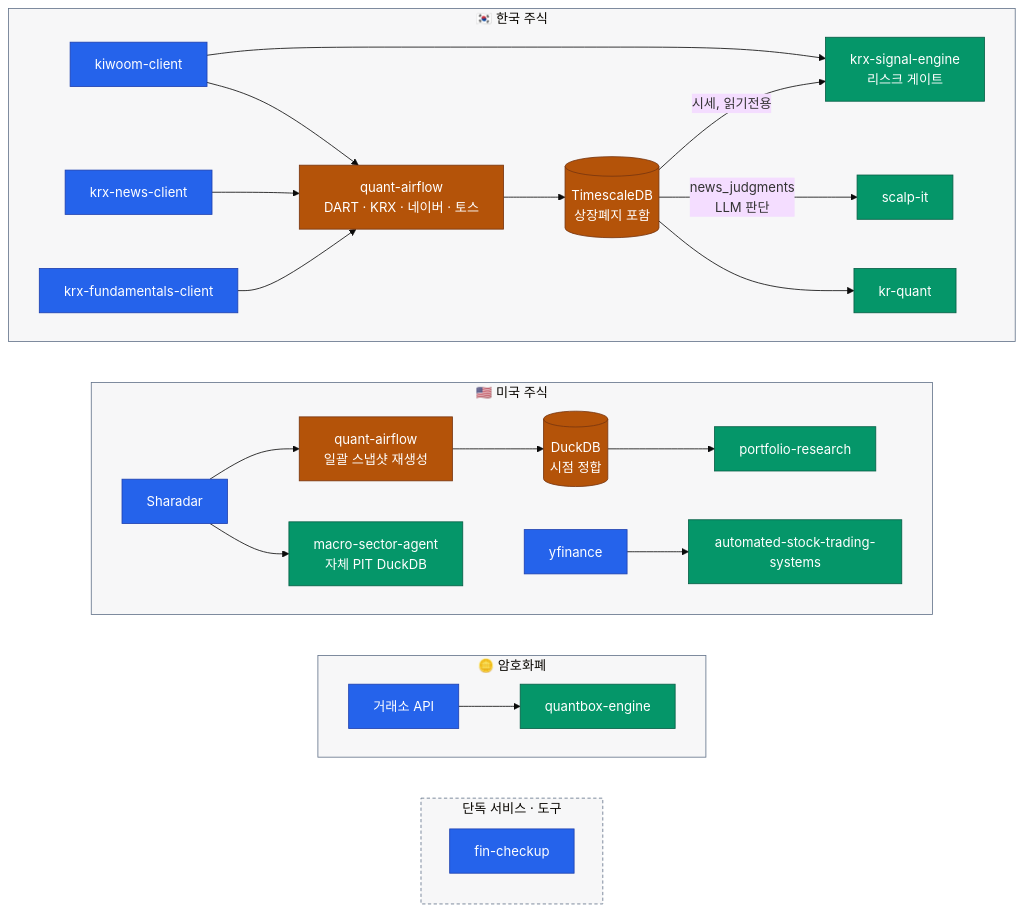
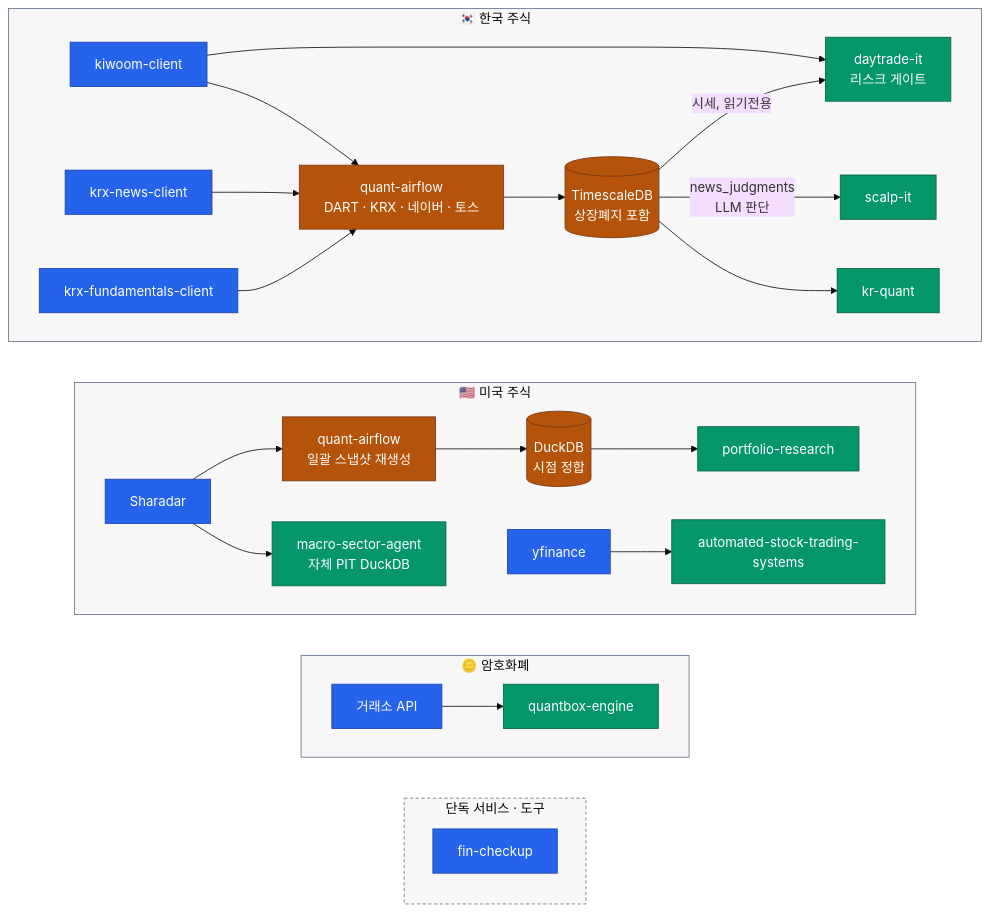
One commit to younghwan91/younghwan91 changed the first of 2 diagrams in README.ko.md. Above: the diagram before and after it, drawn with Mermaid (base theme). The commit also changed other lines of this file and 1 other file, not shown here.

First line of the commit message:
docs(readme): krx-signal-engine -> daytrade-it 개명 반영

````diff
--- a/README.ko.md
+++ b/README.ko.md
@@ -22,45 +22,45 @@
 ```mermaid
 flowchart TB
     subgraph KR ["🇰🇷 한국 주식"]
         direction LR
         K["kiwoom-client"] --> AF["quant-airflow<br/>DART · KRX · 네이버 · 토스"] --> DB[("TimescaleDB<br/>상장폐지 포함")] --> Q["kr-quant"]
         NW["krx-news-client"] --> AF
         F["krx-fundamentals-client"] --> AF
         DB -- "news_judgments<br/>LLM 판단" --> SC["scalp-it"]
-        DB -- "시세, 읽기전용" --> KSIG["krx-signal-engine<br/>리스크 게이트"]
+        DB -- "시세, 읽기전용" --> KSIG["daytrade-it<br/>리스크 게이트"]
         K --> KSIG
     end
 
     subgraph US ["🇺🇸 미국 주식"]
         direction LR
         SH["Sharadar"] --> AFU["quant-airflow<br/>일괄 스냅샷 재생성"] --> DD[("DuckDB<br/>시점 정합")] --> O["portfolio-research"]
         SH --> MS["macro-sector-agent<br/>자체 PIT DuckDB"]
         YF["yfinance"] --> AT["automated-stock-trading-systems"]
     end
 
     subgraph CX ["🪙 암호화폐"]
         direction LR
         EX["거래소 API"] --> CR["quantbox-engine"]
     end
 
     subgraph SVC ["단독 서비스 · 도구"]
         direction TB
         FC["fin-checkup"]
     end
 
     %% 세로 정렬용 — `~~~` 는 그 자체로 보이지 않는 링크다(linkStyle 불필요).
     KR ~~~ US ~~~ CX ~~~ SVC
 
     classDef source fill:#2563EB,stroke:#1E40AF,color:#FFFFFF
     classDef move   fill:#B45309,stroke:#78350F,color:#FFFFFF
     classDef out    fill:#059669,stroke:#065F46,color:#FFFFFF
 
     class K,SH,YF,EX,F,NW,FC source
     class AF,AFU,DB,DD move
     class Q,O,AT,CR,SC,MS,KSIG out
 
     style KR  fill:#0F172A08,stroke:#64748B
     style US  fill:#0F172A08,stroke:#64748B
     style CX  fill:#0F172A08,stroke:#64748B
     style SVC fill:#0F172A08,stroke:#64748B,stroke-dasharray:4 3
 ```
````
